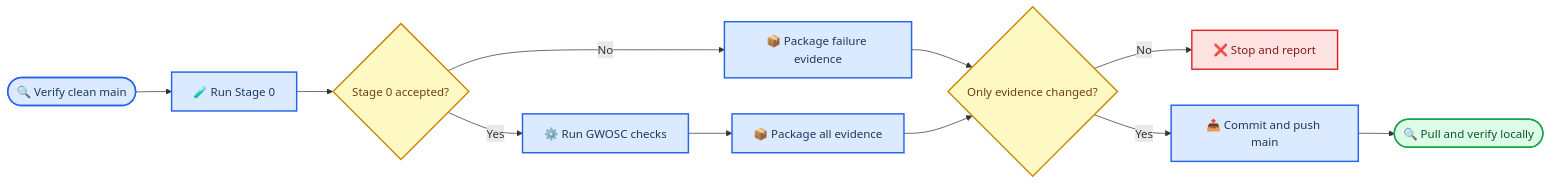
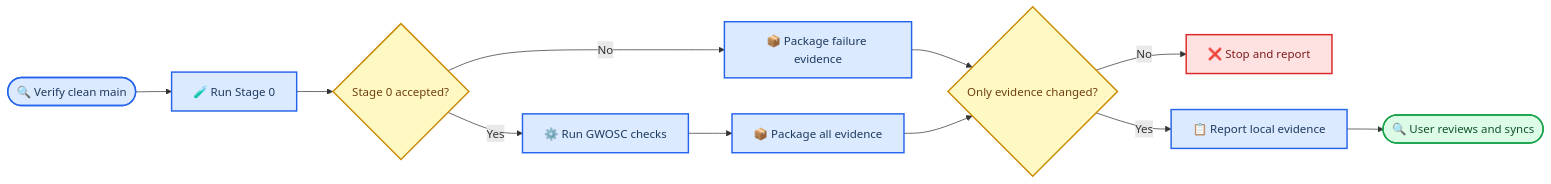
The diagram in docs/REMOTE_GWOSC_AGENT_RUNBOOK.md (dowlingwong/noise-weighted-subspace-reconstruction), drawn with Mermaid before and after one commit. The commit also changed other lines of this file and 1 other file, not shown here.

````diff
--- a/docs/REMOTE_GWOSC_AGENT_RUNBOOK.md
+++ b/docs/REMOTE_GWOSC_AGENT_RUNBOOK.md
@@ -13,26 +13,26 @@
 ```mermaid
 flowchart LR
     accTitle: Remote GWOSC Evidence Loop
     accDescr: Controlled flow from a clean main checkout through Stage 0, GWOSC execution, evidence packaging, and local verification
 
     clean_main([🔍 Verify clean main]) --> stage_zero[🧪 Run Stage 0]
     stage_zero --> stage_passed{Stage 0 accepted?}
     stage_passed -->|No| package_failure[📦 Package failure evidence]
     stage_passed -->|Yes| run_gwosc[⚙️ Run GWOSC checks]
     run_gwosc --> package_result[📦 Package all evidence]
     package_failure --> scope_check{Only evidence changed?}
     package_result --> scope_check
     scope_check -->|No| stop[❌ Stop and report]
-    scope_check -->|Yes| push_main[📤 Commit and push main]
-    push_main --> local_review([🔍 Pull and verify locally])
+    scope_check -->|Yes| local_handoff[📋 Report local evidence]
+    local_handoff --> manual_review([🔍 User reviews and syncs])
 
     classDef action fill:#dbeafe,stroke:#2563eb,stroke-width:2px,color:#1e3a5f
     classDef decision fill:#fef9c3,stroke:#ca8a04,stroke-width:2px,color:#713f12
     classDef success fill:#dcfce7,stroke:#16a34a,stroke-width:2px,color:#14532d
     classDef danger fill:#fee2e2,stroke:#dc2626,stroke-width:2px,color:#7f1d1d
 
-    class clean_main,stage_zero,run_gwosc,package_failure,package_result,push_main action
+    class clean_main,stage_zero,run_gwosc,package_failure,package_result,local_handoff action
     class stage_passed,scope_check decision
-    class local_review success
+    class manual_review success
     class stop danger
 ```
````
